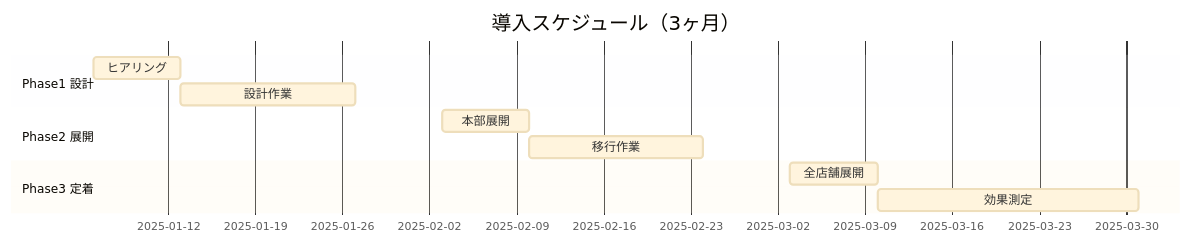
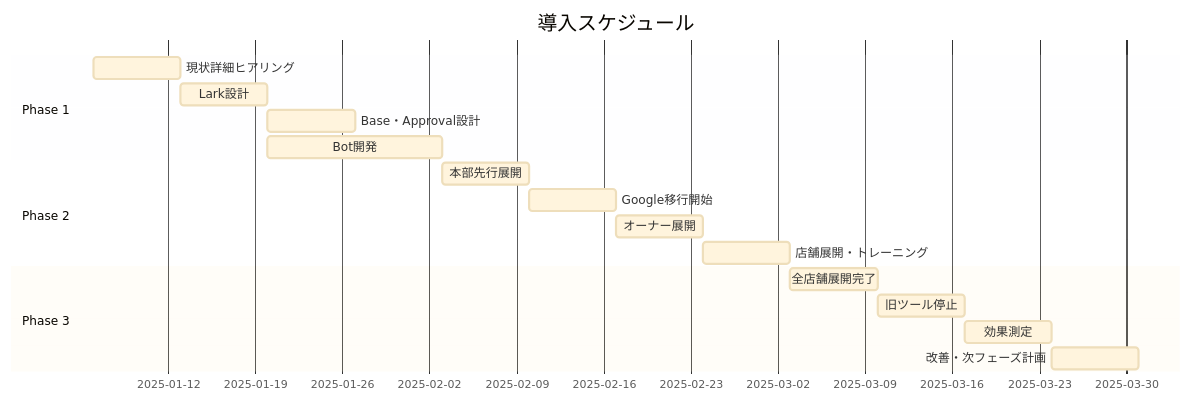
Diagram 16 of 20 in docs/FITPLACE_LARK_PROPOSAL.md (PLark-droid/lark-proposal), drawn with Mermaid before and after one commit. The commit also changed other lines of this file, not shown here.

First line of the commit message:
docs: V1コンテンツベースにインフォグラフィック品質のMermaid図を適用

````diff
--- a/docs/FITPLACE_LARK_PROPOSAL.md
+++ b/docs/FITPLACE_LARK_PROPOSAL.md
@@ -407,18 +617,24 @@
 ```mermaid
 %%{init: {'theme': 'base', 'themeVariables': {'fontSize': '12px'}}}%%
 gantt
-    title 導入スケジュール（3ヶ月）
+    title 導入スケジュール
     dateFormat YYYY-MM-DD
 
-    section Phase1 設計
-    ヒアリング    :2025-01-06, 7d
-    設計作業      :2025-01-13, 14d
+    section Phase 1
+    現状詳細ヒアリング    :p1a, 2025-01-06, 7d
+    Lark設計              :p1b, after p1a, 7d
+    Base・Approval設計    :p1c, after p1b, 7d
+    Bot開発              :p1d, after p1b, 14d
 
-    section Phase2 展開
-    本部展開      :2025-02-03, 7d
-    移行作業      :2025-02-10, 14d
+    section Phase 2
+    本部先行展開          :p2a, 2025-02-03, 7d
+    Google移行開始        :p2b, after p2a, 7d
+    オーナー展開          :p2c, after p2b, 7d
+    店舗展開・トレーニング :p2d, after p2c, 7d
 
-    section Phase3 定着
-    全店舗展開    :2025-03-03, 7d
-    効果測定      :2025-03-10, 21d
+    section Phase 3
+    全店舗展開完了        :p3a, 2025-03-03, 7d
+    旧ツール停止          :p3b, after p3a, 7d
+    効果測定              :p3c, after p3b, 7d
+    改善・次フェーズ計画  :p3d, after p3c, 7d
 ```
````
